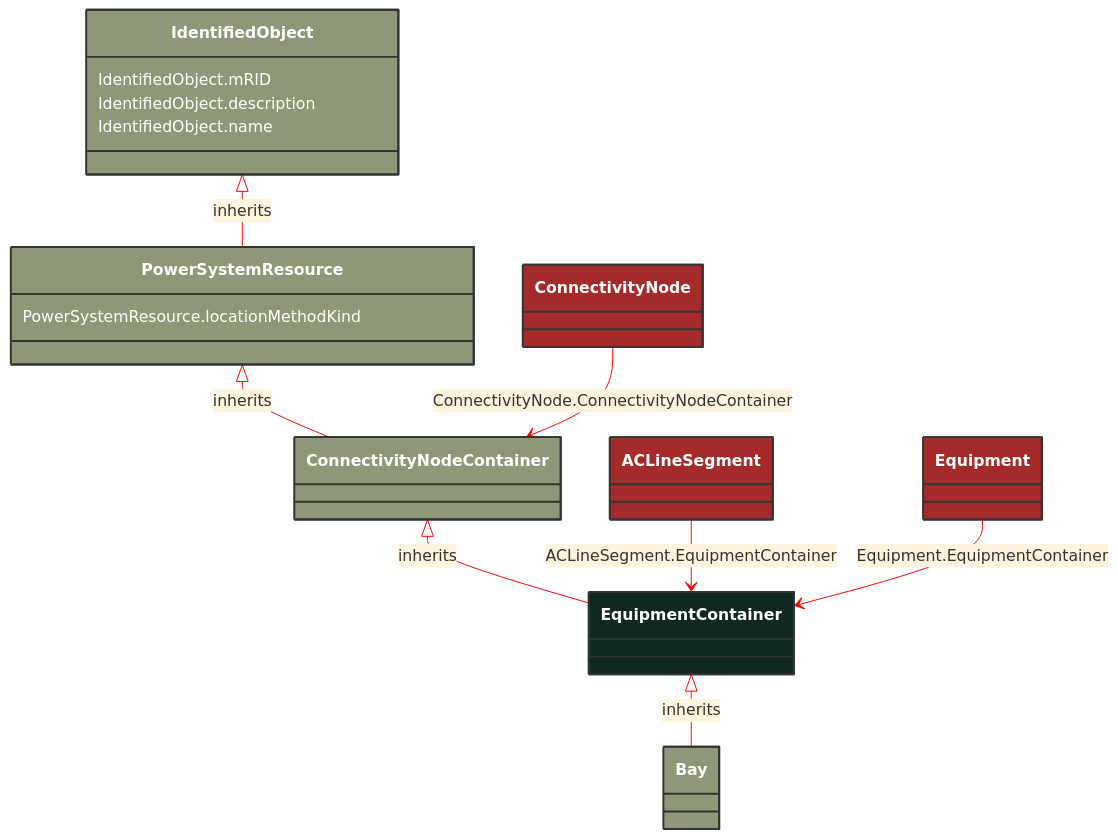
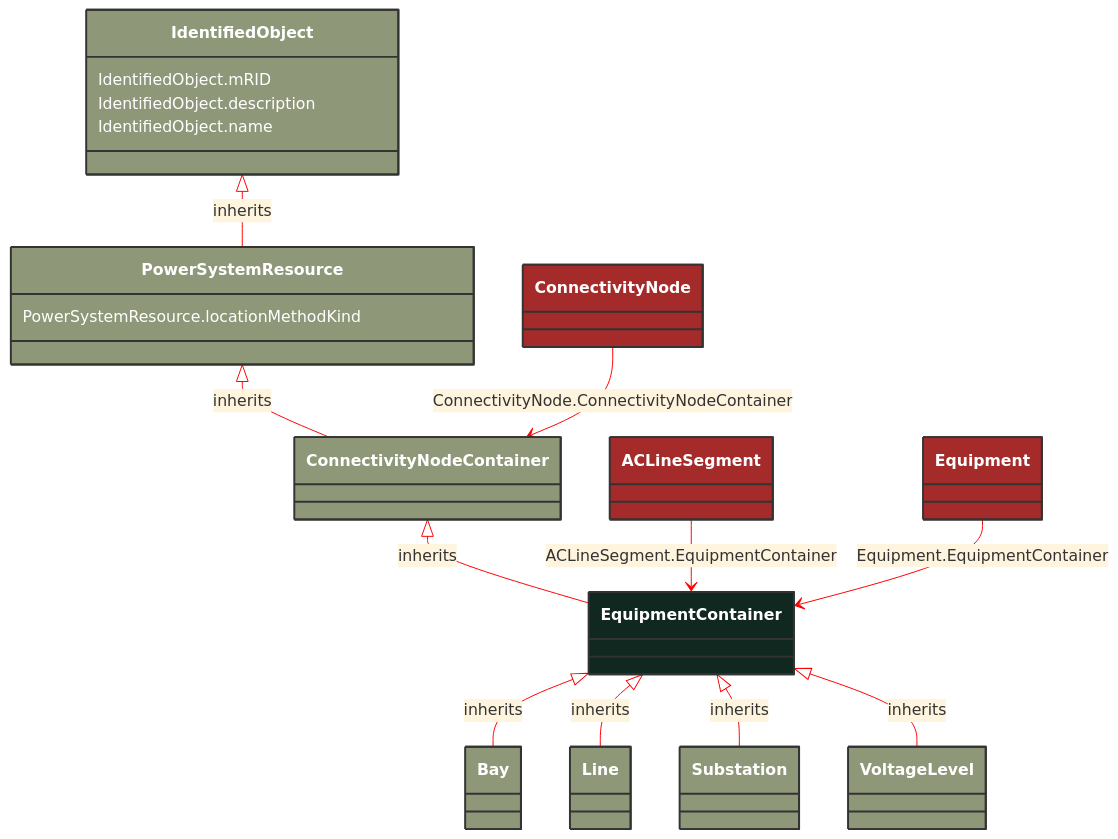
Before and after one commit to 3lbits/NoCIMExtensions: the diagram in docs/Models/Profiles/Telemark-120Equipment/ConcreteClasses/EquipmentContainer.md, drawn with Mermaid. The commit also changed 63 other files, not shown here.

````diff
--- a/docs/Models/Profiles/Telemark-120Equipment/ConcreteClasses/EquipmentContainer.md
+++ b/docs/Models/Profiles/Telemark-120Equipment/ConcreteClasses/EquipmentContainer.md
@@ -8,50 +8,68 @@
 ```mermaid
 %%{init: {'theme':'base','themeVariables': {'lineColor': '#FF0000'}}}%%
 classDiagram
     class EquipmentContainer
     click EquipmentContainer href "/Models/Profiles/Telemark-120Equipment/ConcreteClasses/EquipmentContainer/"
     style EquipmentContainer fill:#102820,stroke:#333,stroke-width:2px,rx:10,ry:10,color:white
 
         EquipmentContainer <|-- Bay : inherits
 
         Bay
             click Bay href "/Models/Profiles/Telemark-120Equipment/ConcreteClasses/Bay/"
             style Bay fill:#8F9779,stroke:#333,stroke-width:2px,rx:10,ry:10,color:white
+
+        EquipmentContainer <|-- Line : inherits
+
+        Line
+            click Line href "/Models/Profiles/Telemark-120Equipment/ConcreteClasses/Line/"
+            style Line fill:#8F9779,stroke:#333,stroke-width:2px,rx:10,ry:10,color:white
+
+        EquipmentContainer <|-- Substation : inherits
+
+        Substation
+            click Substation href "/Models/Profiles/Telemark-120Equipment/ConcreteClasses/Substation/"
+            style Substation fill:#8F9779,stroke:#333,stroke-width:2px,rx:10,ry:10,color:white
+
+        EquipmentContainer <|-- VoltageLevel : inherits
+
+        VoltageLevel
+            click VoltageLevel href "/Models/Profiles/Telemark-120Equipment/ConcreteClasses/VoltageLevel/"
+            style VoltageLevel fill:#8F9779,stroke:#333,stroke-width:2px,rx:10,ry:10,color:white
      
         ConnectivityNodeContainer <|-- EquipmentContainer : inherits
             click ConnectivityNodeContainer href "/Models/Profiles/Telemark-120Equipment/ConcreteClasses/ConnectivityNodeContainer/"
             style ConnectivityNodeContainer fill:#8F9779,stroke:#333,stroke-width:2px,rx:10,ry:10,color:white
      
         PowerSystemResource <|-- ConnectivityNodeContainer : inherits
             click PowerSystemResource href "/Models/Profiles/Telemark-120Equipment/AbstractClasses/PowerSystemResource/"
             style PowerSystemResource fill:#8F9779,stroke:#333,stroke-width:2px,rx:10,ry:10,color:white
      
         IdentifiedObject <|-- PowerSystemResource : inherits
             click IdentifiedObject href "/Models/Profiles/Telemark-120Equipment/AbstractClasses/IdentifiedObject/"
             style IdentifiedObject fill:#8F9779,stroke:#333,stroke-width:2px,rx:10,ry:10,color:white
 
 
         ACLineSegment --> EquipmentContainer : ACLineSegment.EquipmentContainer
 
         ACLineSegment
             click ACLineSegment href "/Models/Profiles/Telemark-120Equipment/ConcreteClasses/ACLineSegment/"
             style ACLineSegment fill:#A52A2A,stroke:#333,stroke-width:2px,rx:10,ry:10,color:white
 
         ConnectivityNode --> ConnectivityNodeContainer : ConnectivityNode.ConnectivityNodeContainer
 
         ConnectivityNode
             click ConnectivityNode href "/Models/Profiles/Telemark-120Equipment/ConcreteClasses/ConnectivityNode/"
             style ConnectivityNode fill:#A52A2A,stroke:#333,stroke-width:2px,rx:10,ry:10,color:white
 
         Equipment --> EquipmentContainer : Equipment.EquipmentContainer
 
         Equipment
             click Equipment href "/Models/Profiles/Telemark-120Equipment/AbstractClasses/Equipment/"
             style Equipment fill:#A52A2A,stroke:#333,stroke-width:2px,rx:10,ry:10,color:white
 
 
         PowerSystemResource : PowerSystemResource.locationMethodKind
         IdentifiedObject : IdentifiedObject.mRID
         IdentifiedObject : IdentifiedObject.description
         IdentifiedObject : IdentifiedObject.name
 ```
````
